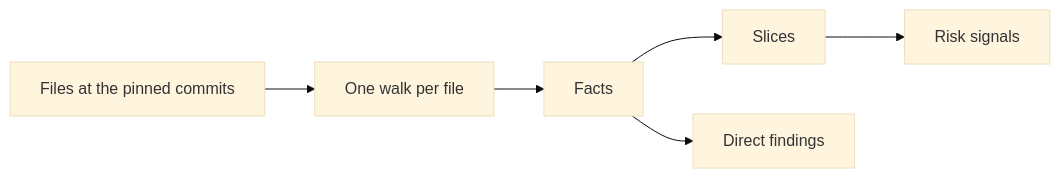
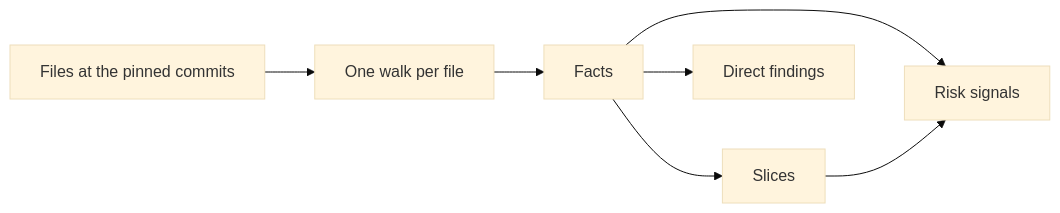
The diagram in docs/architecture/review/static-stage.md (zgeoff/noslop), drawn with Mermaid (base theme) before and after one commit. The commit also changed other lines of this file and 21 other files, not shown here.

````diff
--- a/docs/architecture/review/static-stage.md
+++ b/docs/architecture/review/static-stage.md
@@ -12,7 +12,8 @@
 ```mermaid
 flowchart LR
   git[Files at the pinned commits] --> walk[One walk per file] --> facts[Facts]
   facts --> slices[Slices]
   facts --> direct[Direct findings]
-  slices --> signals[Risk signals]
+  facts --> signals[Risk signals]
+  slices --> signals
 ```
````
